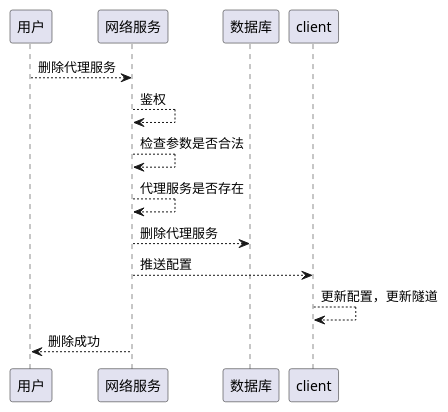
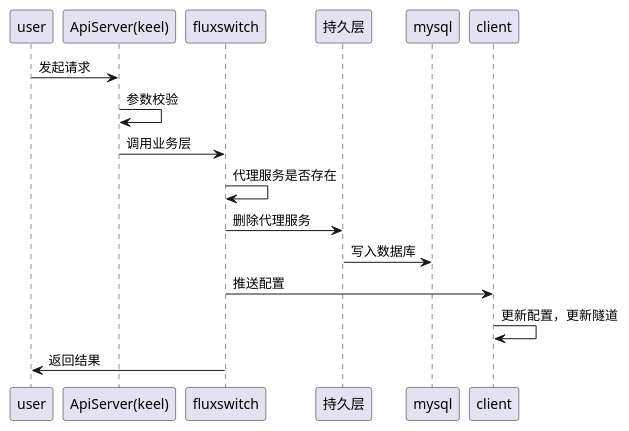
Before and after one commit to tkeel-io/docs: diagram 12 of 12 in docs/api/appendix/plantuml/fluxswitch.md, drawn with PlantUML. The commit also changed other lines of this file and 2 other files, not shown here.

Commit message:
feat: update plugin manager uml & fluxswicth manager

````diff
--- a/docs/api/appendix/plantuml/fluxswitch.md
+++ b/docs/api/appendix/plantuml/fluxswitch.md
@@ -289,16 +330,19 @@
 ```plantuml
+@startuml
+participant "user" as user
+participant "ApiServer(keel)" as keel
+participant "fluxswitch" as fluxswitch
+participant "持久层" as dblayer
+participant "mysql" as mysql
 
-participant "用户" as user
-participant "网络服务" as fluxswitch
-participant "数据库"  as db
-
-user --> fluxswitch : 删除代理服务
-fluxswitch --> fluxswitch : 鉴权
-fluxswitch --> fluxswitch : 检查参数是否合法
-fluxswitch --> fluxswitch : 代理服务是否存在
-fluxswitch --> db : 删除代理服务
-fluxswitch --> client : 推送配置
-client --> client : 更新配置，更新隧道
-fluxswitch --> user : 删除成功
-
+user -> keel : 发起请求
+keel -> keel : 参数校验 
+keel -> fluxswitch : 调用业务层
+fluxswitch -> fluxswitch : 代理服务是否存在
+fluxswitch -> dblayer : 删除代理服务
+dblayer -> mysql : 写入数据库
+fluxswitch -> client : 推送配置
+client -> client : 更新配置，更新隧道
+fluxswitch -> user : 返回结果
+@enduml
 ```
````
